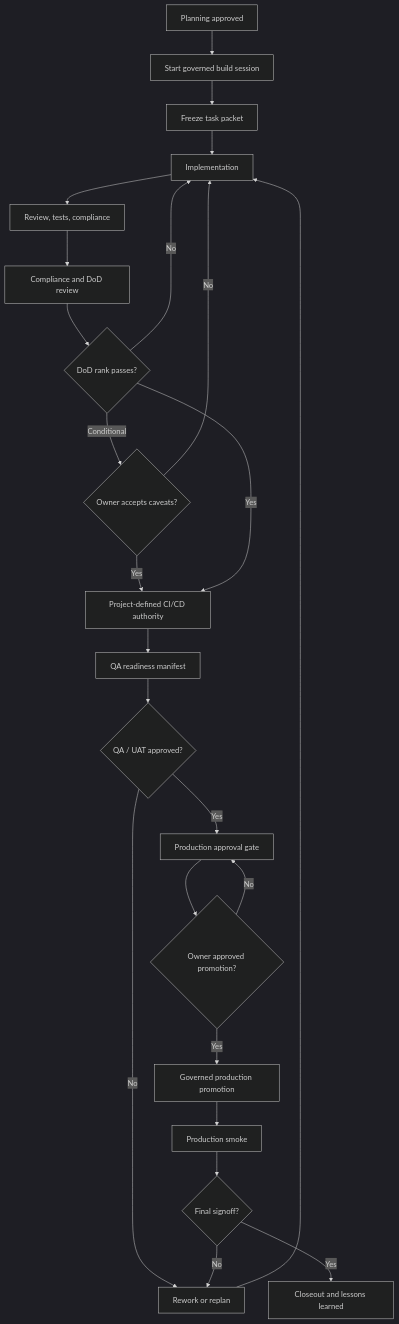
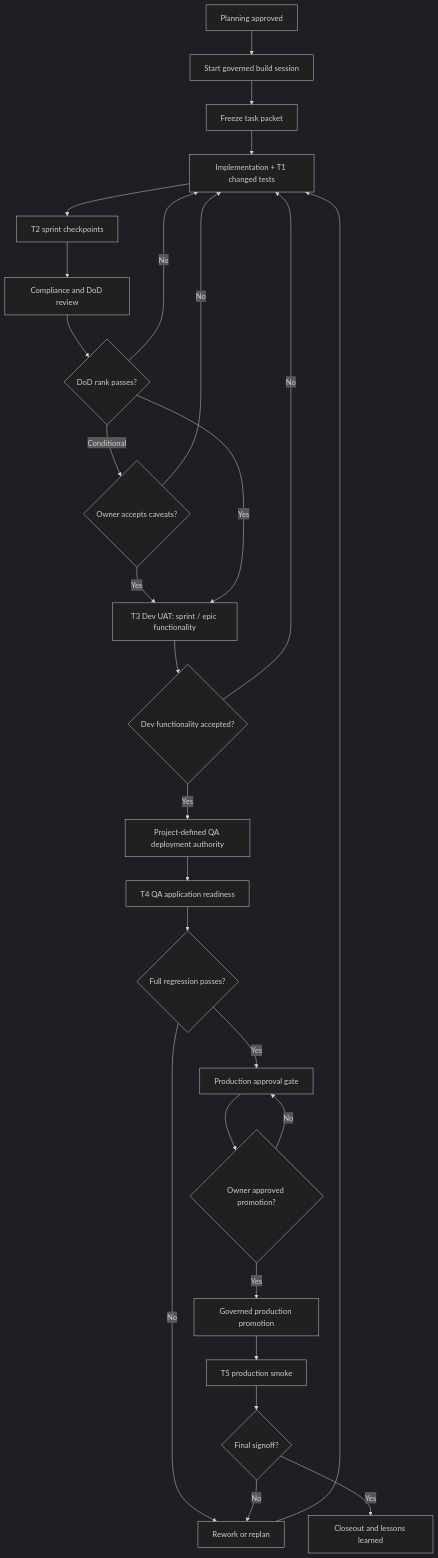
The second of 2 diagrams in README.md (Holovkat/designs), drawn with Mermaid (dark theme) before and after one commit. The commit also changed other lines of this file and 9 other files, not shown here.

````diff
--- a/README.md
+++ b/README.md
@@ -56,26 +57,29 @@
 ```mermaid
 flowchart TD
   A["Planning approved"] --> B["Start governed build session"]
   B --> C["Freeze task packet"]
-  C --> D["Implementation"]
-  D --> E["Review, tests, compliance"]
+  C --> D["Implementation + T1 changed tests"]
+  D --> E["T2 sprint checkpoints"]
   E --> F["Compliance and DoD review"]
   F --> G{"DoD rank passes?"}
   G -->|"No"| D
   G -->|"Conditional"| H{"Owner accepts caveats?"}
   H -->|"No"| D
   H -->|"Yes"| I
-  G -->|"Yes"| I["Project-defined CI/CD authority"]
-  I --> J["QA readiness manifest"]
-  J --> K{"QA / UAT approved?"}
-  K -->|"No"| L["Rework or replan"]
-  L --> D
-  K -->|"Yes"| M["Production approval gate"]
-  M --> N{"Owner approved promotion?"}
-  N -->|"No"| M
-  N -->|"Yes"| O["Governed production promotion"]
-  O --> P["Production smoke"]
-  P --> Q{"Final signoff?"}
-  Q -->|"No"| L
-  Q -->|"Yes"| R["Closeout and lessons learned"]
+  G -->|"Yes"| I["T3 Dev UAT: sprint / epic functionality"]
+  I --> J{"Dev functionality accepted?"}
+  J -->|"No"| D
+  J -->|"Yes"| K["Project-defined QA deployment authority"]
+  K --> L["T4 QA application readiness"]
+  L --> M{"Full regression passes?"}
+  M -->|"No"| N["Rework or replan"]
+  N --> D
+  M -->|"Yes"| O["Production approval gate"]
+  O --> P{"Owner approved promotion?"}
+  P -->|"No"| O
+  P -->|"Yes"| Q["Governed production promotion"]
+  Q --> R["T5 production smoke"]
+  R --> S{"Final signoff?"}
+  S -->|"No"| N
+  S -->|"Yes"| T["Closeout and lessons learned"]
 ```
````
